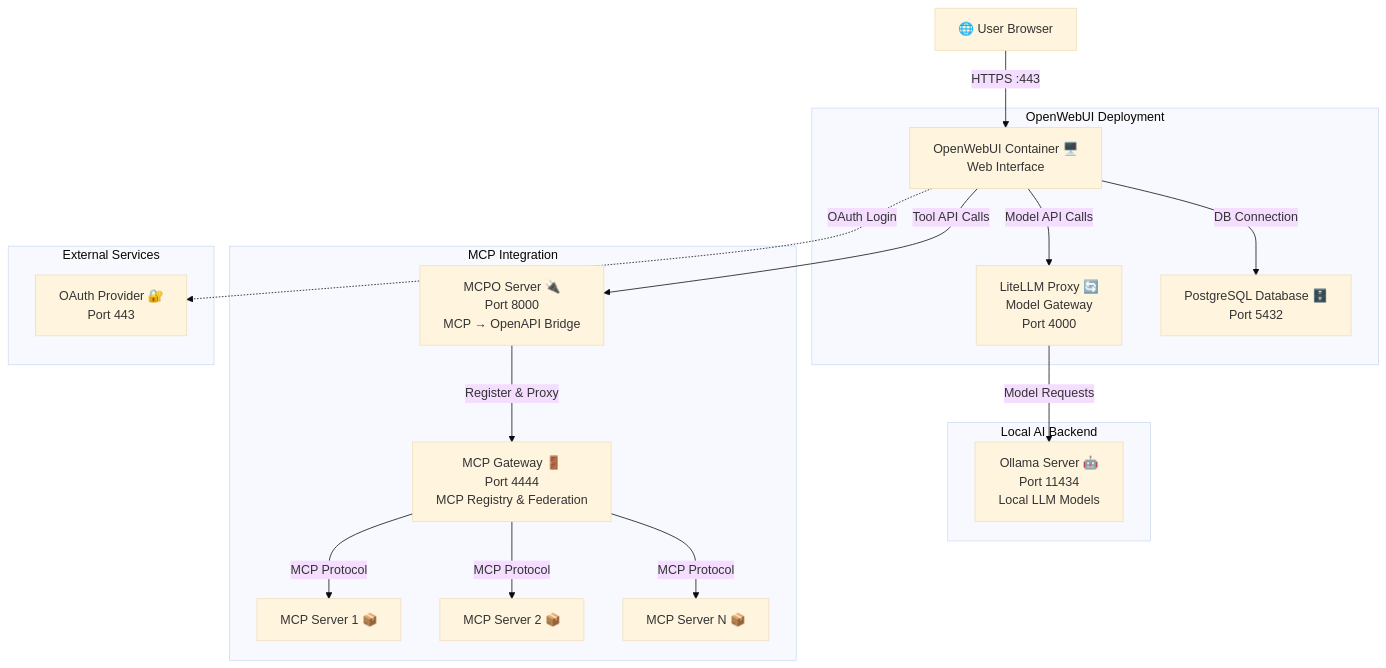
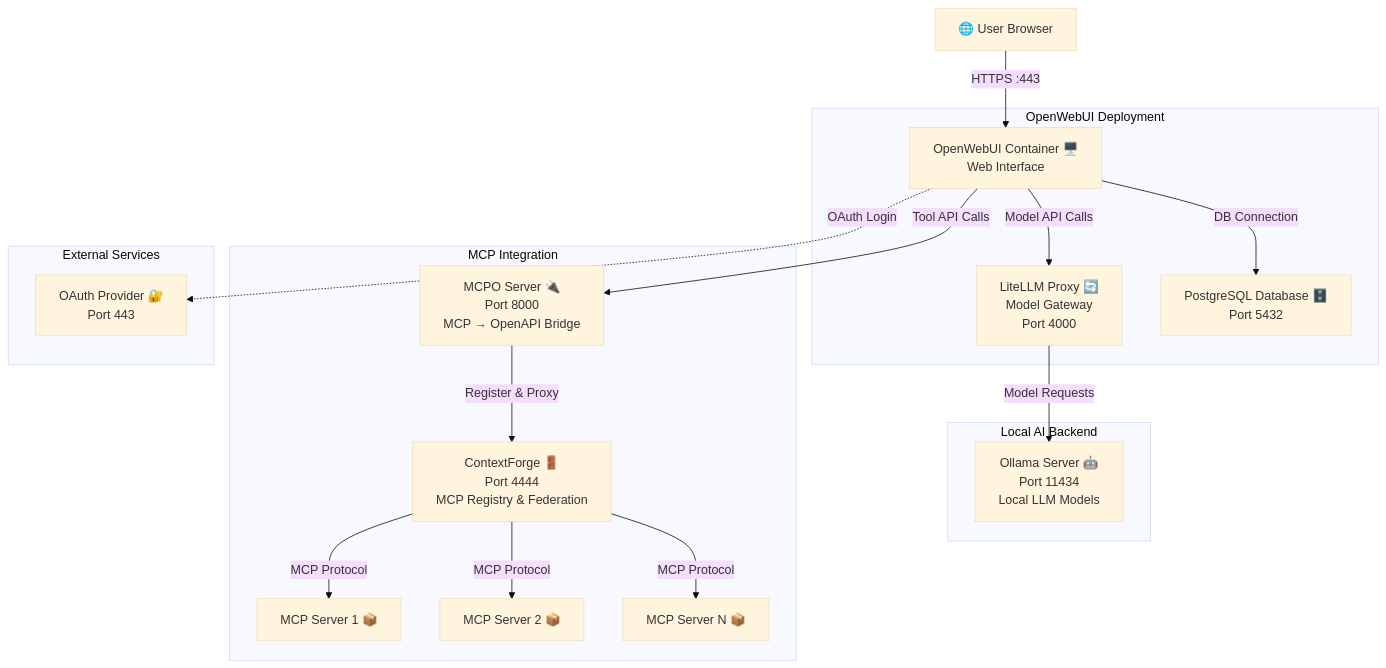
The diagram in docs/docs/tutorials/openwebui-tutorial.md (tedhabeck/mcp-context-forge), drawn with Mermaid (base theme) before and after one commit. The commit also changed other lines of this file and 583 other files, not shown here.

First line of the commit message:
docs: rebrand to ContextForge AI Gateway (#3091)

````diff
--- a/docs/docs/tutorials/openwebui-tutorial.md
+++ b/docs/docs/tutorials/openwebui-tutorial.md
@@ -9,45 +9,45 @@
 ```mermaid
 flowchart TD
   %% User Interface
   U[🌐 User Browser] -->|HTTPS :443| OW
 
   %% Core Components
   subgraph "OpenWebUI Deployment"
     OW[OpenWebUI Container 🖥️<br/>Web Interface]
     LL[LiteLLM Proxy 🔄<br/>Model Gateway<br/>Port 4000]
     DB[PostgreSQL Database 🗄️<br/>Port 5432]
   end
 
   %% Local AI Backend
   subgraph "Local AI Backend"
     OL[Ollama Server 🤖<br/>Port 11434<br/>Local LLM Models]
   end
 
   %% MCP Integration Layer
   subgraph "MCP Integration"
     MCPO[MCPO Server 🔌<br/>Port 8000<br/>MCP → OpenAPI Bridge]
-    MCG[MCP Gateway 🚪<br/>Port 4444<br/>MCP Registry & Federation]
+    MCG[ContextForge 🚪<br/>Port 4444<br/>MCP Registry & Federation]
     MCP1[MCP Server 1 📦]
     MCP2[MCP Server 2 📦]
     MCPN[MCP Server N 📦]
   end
 
   %% External Services
   subgraph "External Services"
     OP[OAuth Provider 🔐<br/>Port 443]
   end
 
   %% Connections
   OW -.->|"OAuth Login"| OP
   OW -->|"Model API Calls"| LL
   OW -->|"Tool API Calls"| MCPO
   OW -->|"DB Connection"| DB
 
   LL -->|"Model Requests"| OL
 
   MCPO -->|"Register & Proxy"| MCG
   MCG -->|"MCP Protocol"| MCP1
   MCG -->|"MCP Protocol"| MCP2
   MCG -->|"MCP Protocol"| MCPN
 
 ```
````
